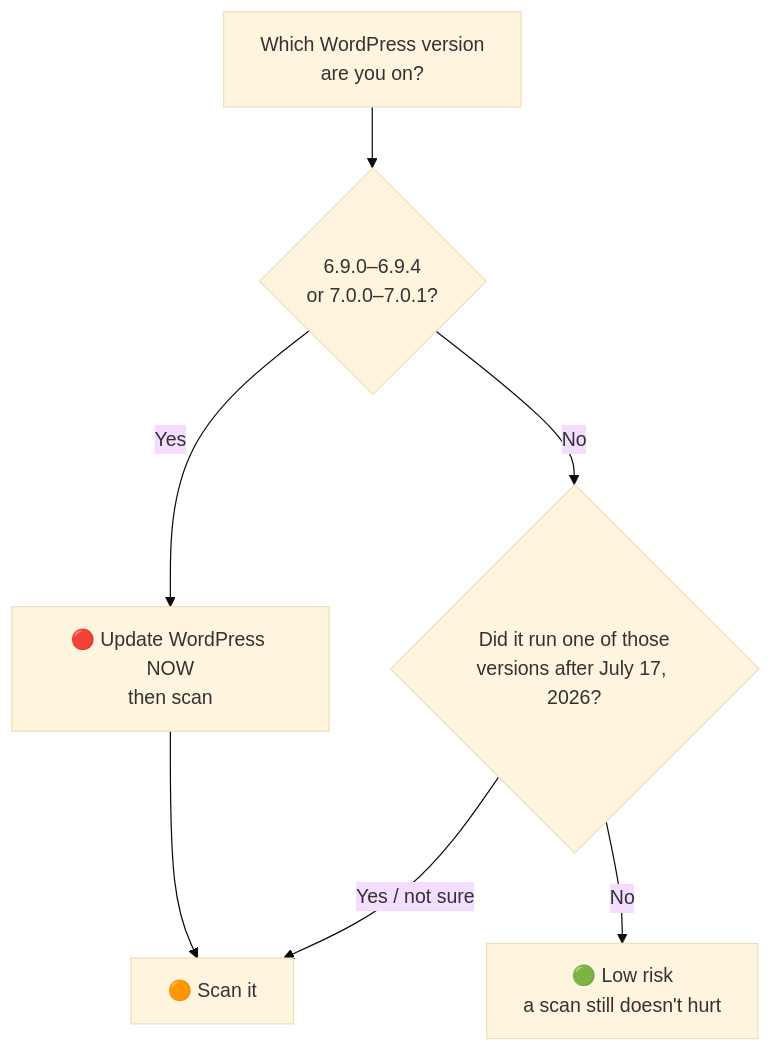
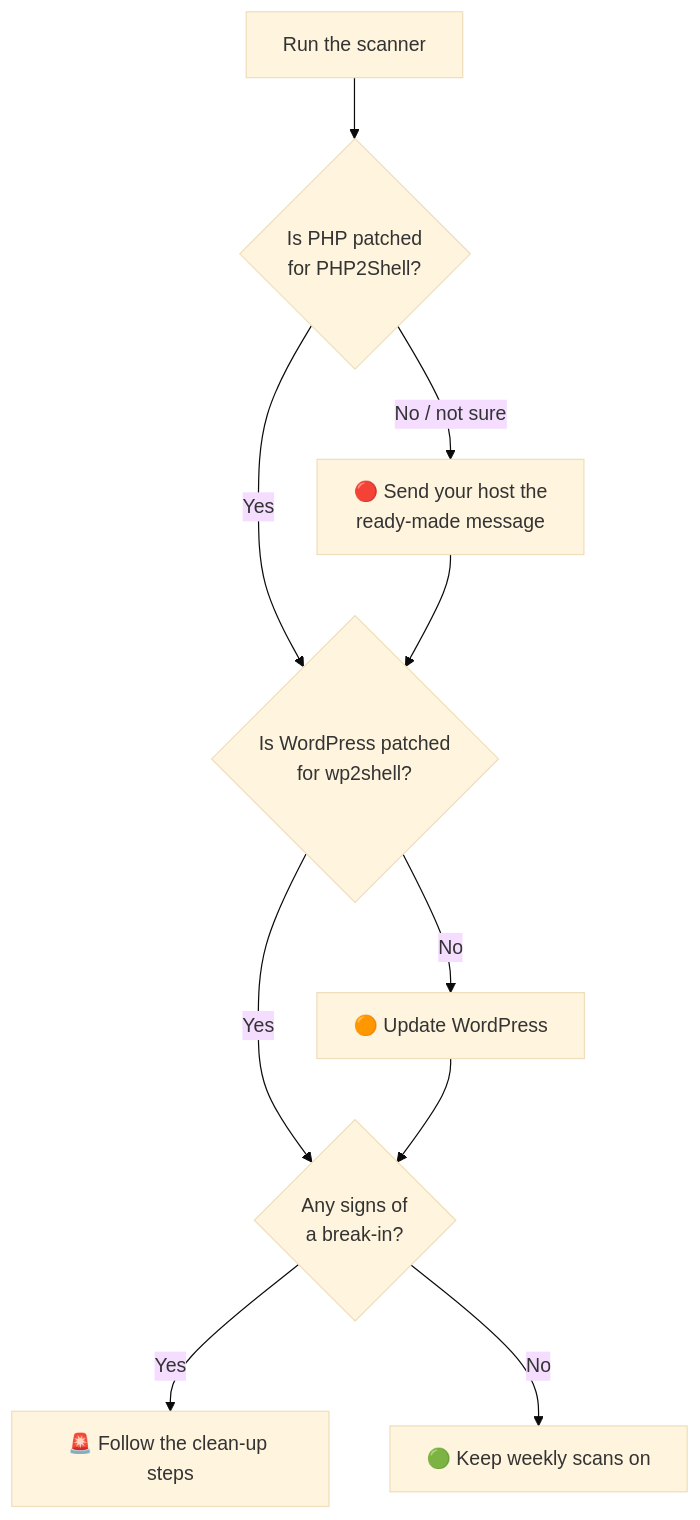
The third of 14 diagrams in README.md (CptNope/JAT-Shell-Scanner), drawn with Mermaid (base theme) before and after one commit. The commit also changed other lines of this file and 20 other files, not shown here.

````diff
--- a/README.md
+++ b/README.md
@@ -99,9 +149,12 @@
 ```mermaid
 flowchart TD
-    A["Which WordPress version<br/>are you on?"] --> B{"6.9.0–6.9.4<br/>or 7.0.0–7.0.1?"}
-    B -- Yes --> C["🔴 Update WordPress NOW<br/>then scan"]
-    B -- No --> D{"Did it run one of those<br/>versions after July 17, 2026?"}
-    D -- Yes / not sure --> E["🟠 Scan it"]
-    D -- No --> F["🟢 Low risk<br/>a scan still doesn't hurt"]
-    C --> E
+    A["Run the scanner"] --> B{"Is PHP patched<br/>for PHP2Shell?"}
+    B -->|"No / not sure"| C["🔴 Send your host the<br/>ready-made message"]
+    B -- Yes --> D{"Is WordPress patched<br/>for wp2shell?"}
+    C --> D
+    D -- No --> E["🟠 Update WordPress"]
+    D -- Yes --> F{"Any signs of<br/>a break-in?"}
+    E --> F
+    F -- Yes --> G["🚨 Follow the clean-up steps"]
+    F -- No --> H["🟢 Keep weekly scans on"]
 ```
````
